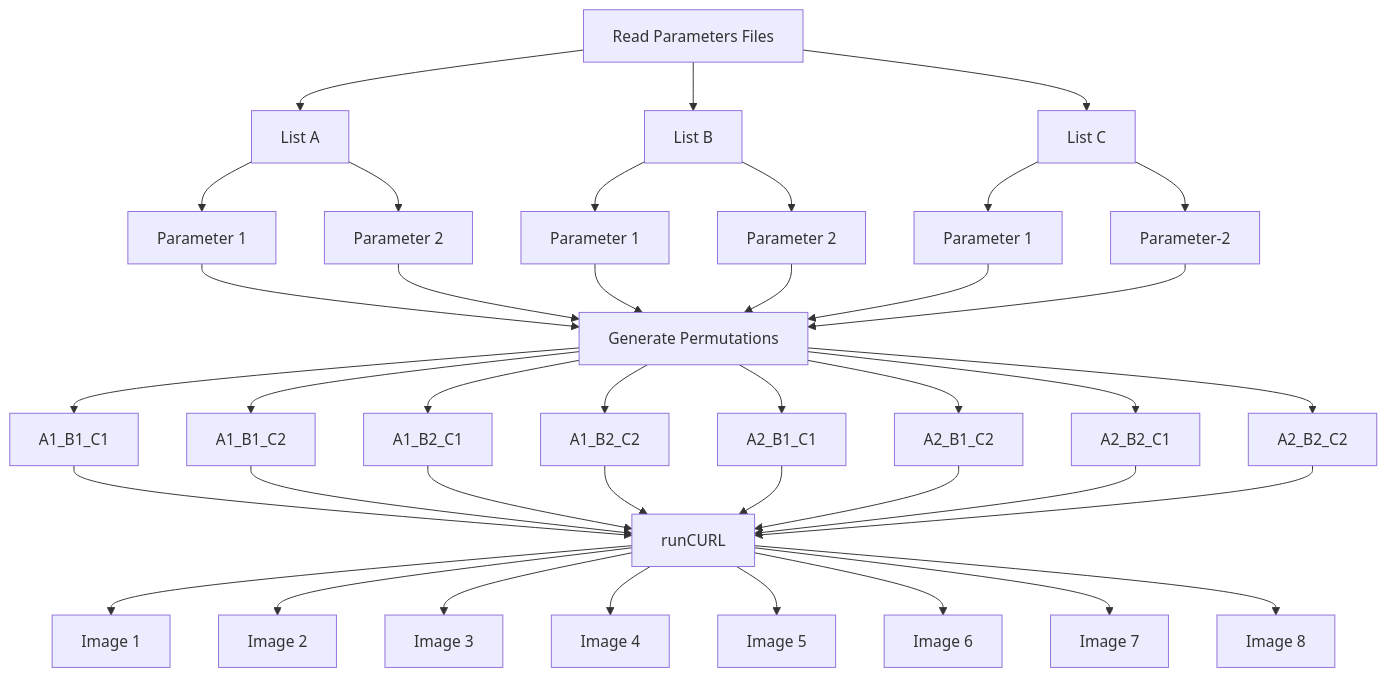
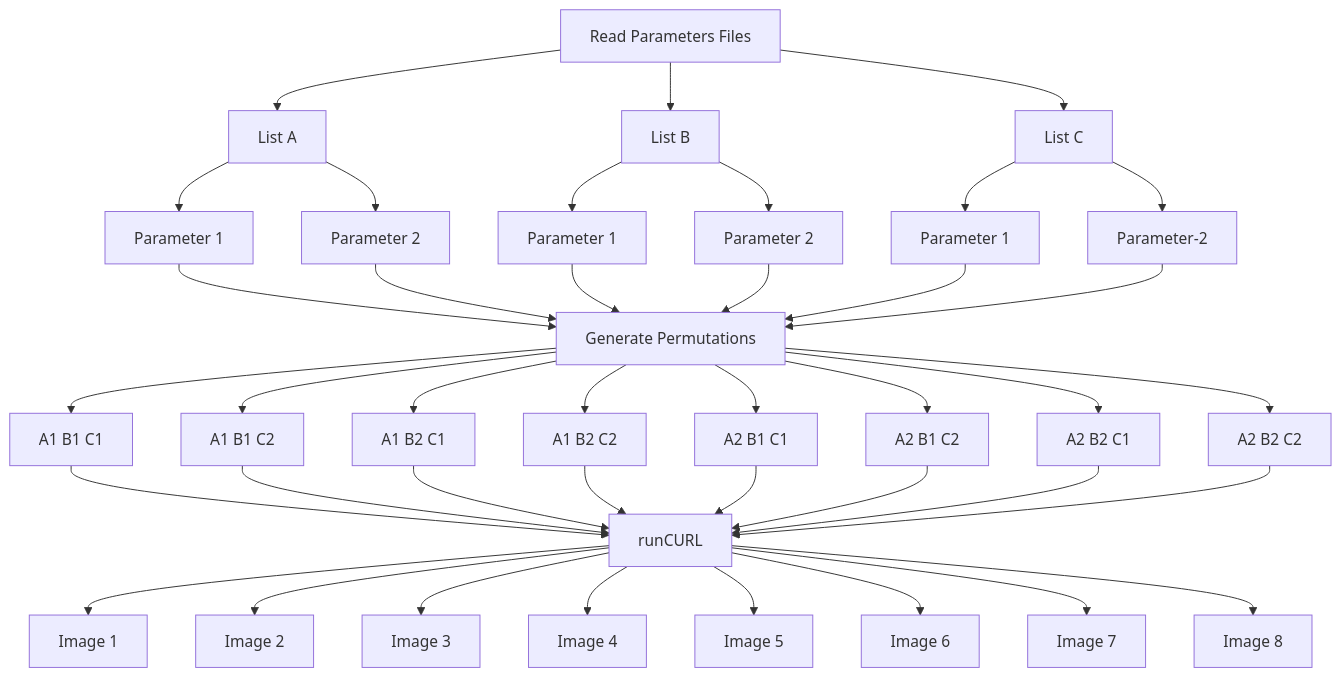
Before and after one commit to daedon/Fooocus-API-XYZ: the diagram in README.md, drawn with Mermaid.

````diff
--- a/README.md
+++ b/README.md
@@ -144,47 +144,47 @@
 ```mermaid
 graph TD;
     Read_Parameters[Read Parameters Files]-->listA[List A];
     Read_Parameters-->listB[List B];
     Read_Parameters-->listC[List C];
     listA-->A1[Parameter 1];
     listA-->A2[Parameter 2];
     listB-->B1[Parameter 1];
     listB-->B2[Parameter 2];
     listC-->C1[Parameter 1];
     listC-->C2[Parameter-2];
 
     A1-->Generate_Permutation[Generate Permutations];
     A2-->Generate_Permutation;
     B1-->Generate_Permutation;
     B2-->Generate_Permutation;
     C1-->Generate_Permutation;
     C2-->Generate_Permutation;
 
-    Generate_Permutation-->A1_B1_C1[A1_B1_C1];
-    Generate_Permutation-->A1_B1_C2[A1_B1_C2];
-    Generate_Permutation-->A1_B2_C1[A1_B2_C1];
-    Generate_Permutation-->A1_B2_C2[A1_B2_C2];
-    Generate_Permutation-->A2_B1_C1[A2_B1_C1];
-    Generate_Permutation-->A2_B1_C2[A2_B1_C2];
-    Generate_Permutation-->A2_B2_C1[A2_B2_C1];
-    Generate_Permutation-->A2_B2_C2[A2_B2_C2];
+    Generate_Permutation-->A1_B1_C1[A1 B1 C1];
+    Generate_Permutation-->A1_B1_C2[A1 B1 C2];
+    Generate_Permutation-->A1_B2_C1[A1 B2 C1];
+    Generate_Permutation-->A1_B2_C2[A1 B2 C2];
+    Generate_Permutation-->A2_B1_C1[A2 B1 C1];
+    Generate_Permutation-->A2_B1_C2[A2 B1 C2];
+    Generate_Permutation-->A2_B2_C1[A2 B2 C1];
+    Generate_Permutation-->A2_B2_C2[A2 B2 C2];
 
     A1_B1_C1-->CurlCall[runCURL];
     A1_B1_C2-->CurlCall;
     A1_B2_C1-->CurlCall;
     A1_B2_C2-->CurlCall;
     A2_B1_C1-->CurlCall;
     A2_B1_C2-->CurlCall;
     A2_B2_C1-->CurlCall;
     A2_B2_C2-->CurlCall;
 
     CurlCall-->ImageA1_B1_C1[Image 1];
     CurlCall-->ImageA1_B1_C2[Image 2];
     CurlCall-->ImageA1_B2_C1[Image 3];
     CurlCall-->ImageA1_B2_C2[Image 4];
     CurlCall-->ImageA2_B1_C1[Image 5];
     CurlCall-->ImageA2_B1_C2[Image 6];
     CurlCall-->ImageA2_B2_C1[Image 7];
     CurlCall-->ImageA2_B2_C2[Image 8];
 
 ```
````
